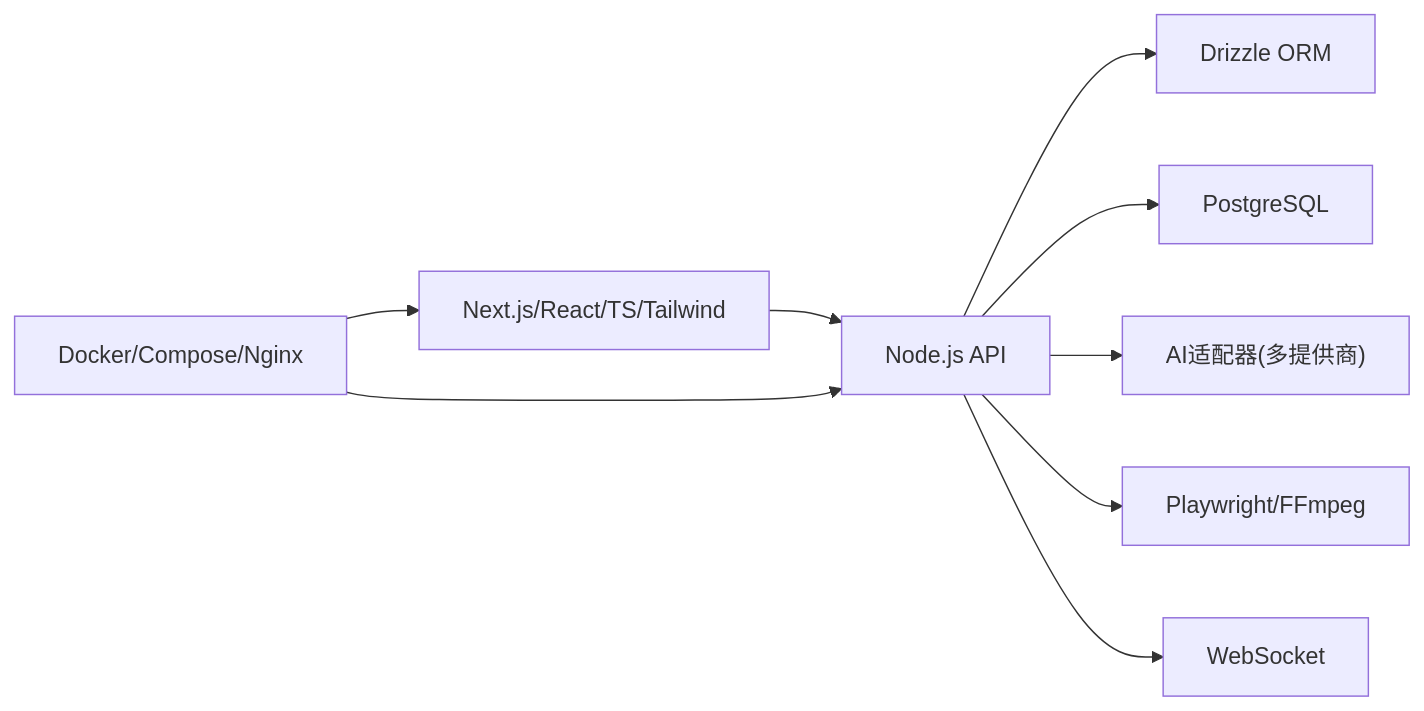
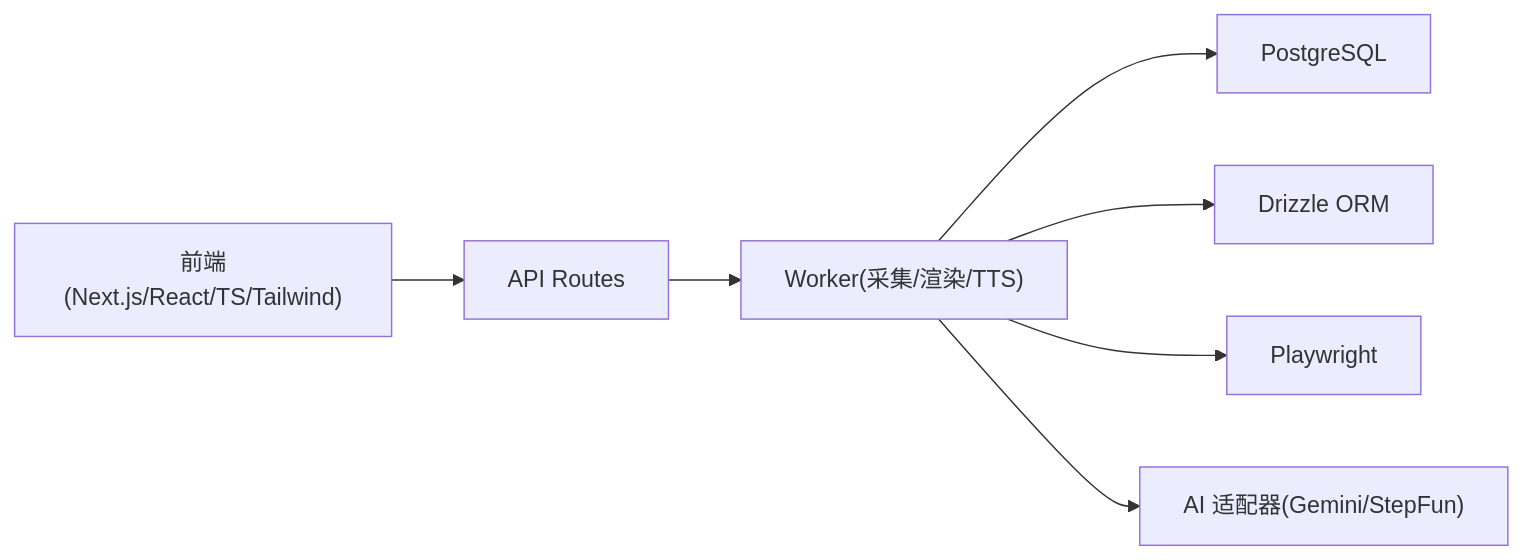
Before and after one commit to scottcwy/PurpleInk: the third of 3 diagrams in .qoder/repowiki/zh/content/项目概述/技术栈概览.md, drawn with Mermaid. The commit also changed other lines of this file and 872 other files, not shown here.

````diff
--- a/.qoder/repowiki/zh/content/项目概述/技术栈概览.md
+++ b/.qoder/repowiki/zh/content/项目概述/技术栈概览.md
@@ -393,11 +197,9 @@
 ```mermaid
 graph LR
-FE["Next.js/React/TS/Tailwind"] --> API["Node.js API"]
-API --> ORM["Drizzle ORM"]
-API --> DB["PostgreSQL"]
-API --> AI["AI适配器(多提供商)"]
-API --> Media["Playwright/FFmpeg"]
-API --> WS["WebSocket"]
-Infra["Docker/Compose/Nginx"] --> FE
-Infra --> API
+FE["前端(Next.js/React/TS/Tailwind)"] --> API["API Routes"]
+API --> Worker["Worker(采集/渲染/TTS)"]
+Worker --> DB["PostgreSQL"]
+Worker --> ORM["Drizzle ORM"]
+Worker --> PW["Playwright"]
+Worker --> AI["AI 适配器(Gemini/StepFun)"]
 ```
````
